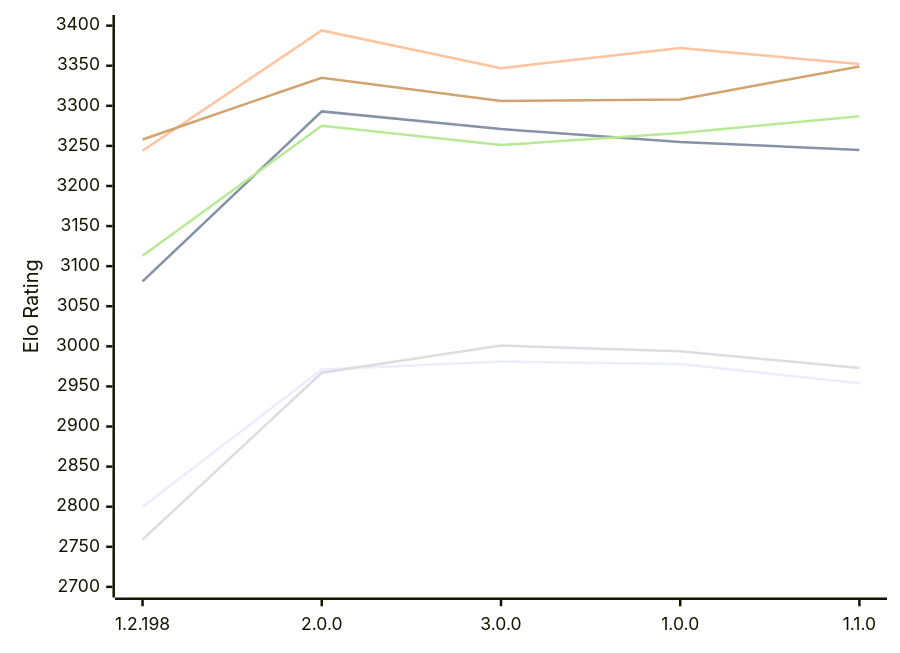
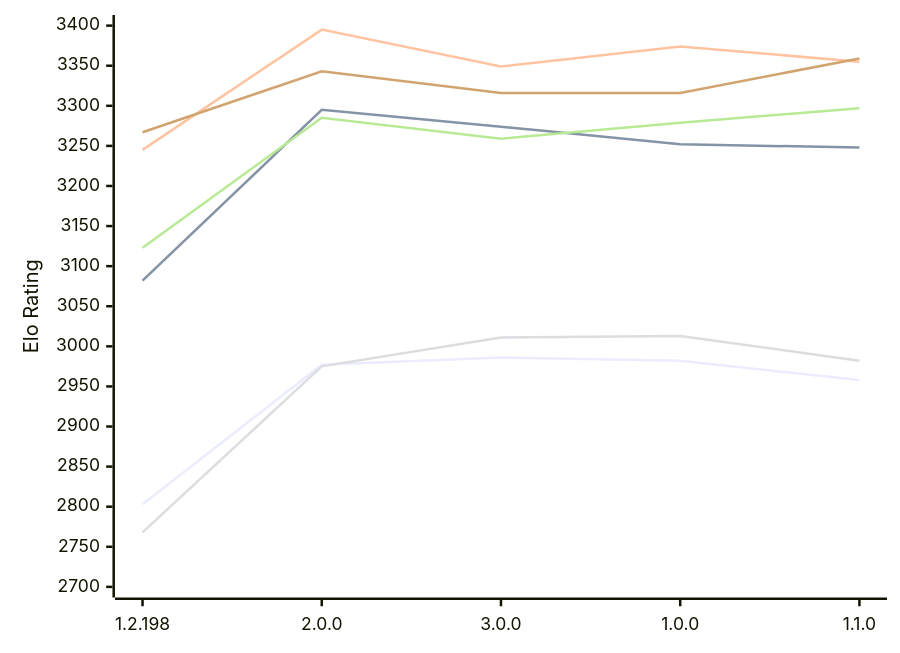
One commit to computer-chess-index/cci changed the diagram in engines/Trebuchet.md. Above: the diagram before and after it, drawn with Mermaid. The commit also changed other lines of this file, not shown here.

Commit message:
Update CCI Ratings (ELO VLTC) - 2026-11-25

````diff
--- a/engines/Trebuchet.md
+++ b/engines/Trebuchet.md
@@ -55,12 +55,12 @@
 ```mermaid
 %%{init: {"theme":"base","themeVariables":{"seriesColors:['#a3a3a3','#222221','#faa371']}}}%%
 xychart-beta
   x-axis ["1.2.198", "2.0.0", "3.0.0", "1.0.0", "1.1.0"]
   y-axis "Elo Rating" 2700 --> 3400
-  line "E1: STC (8.0+0.08s)" [2800, 2971, 2981, 2978, 2954]
-  line "E1: LTC (60.0+0.60s)" [3081, 3293, 3271, 3255, 3245]
-  line "E1: VLTC (2m24s+1.12s)" [3244, 3394, 3347, 3372, 3352]
-  line "P1: STC (8.0+0.08s)" [2759, 2967, 3001, 2994, 2973]
-  line "P1: LTC (60.0+0.60s)" [3113, 3275, 3251, 3266, 3287]
-  line "P1: VLTC (2m24s+1.12s)" [3258, 3335, 3306, 3308, 3349]
+  line "E1: STC (8.0+0.08s)" [2803, 2977, 2986, 2982, 2958]
+  line "E1: LTC (60.0+0.60s)" [3082, 3295, 3274, 3252, 3248]
+  line "E1: VLTC (2m24s+1.12s)" [3245, 3395, 3349, 3374, 3355]
+  line "P1: STC (8.0+0.08s)" [2768, 2975, 3011, 3013, 2982]
+  line "P1: LTC (60.0+0.60s)" [3123, 3285, 3259, 3279, 3297]
+  line "P1: VLTC (2m24s+1.12s)" [3267, 3343, 3316, 3316, 3359]
 ```
````
